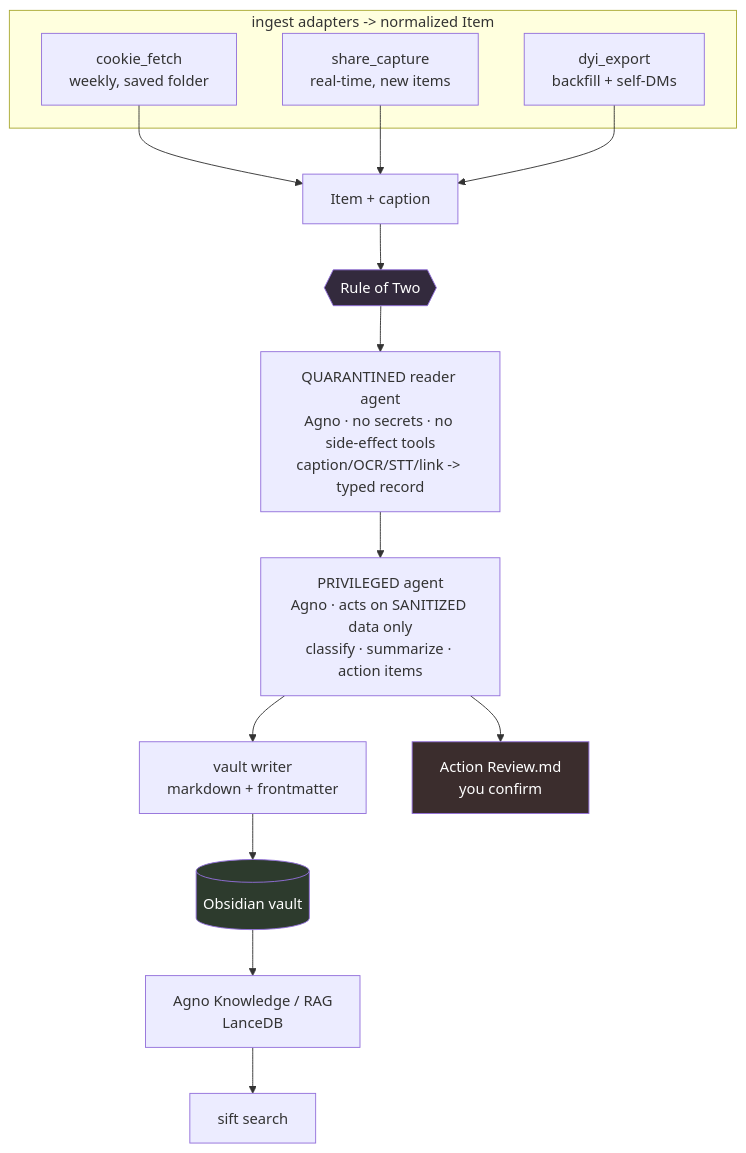
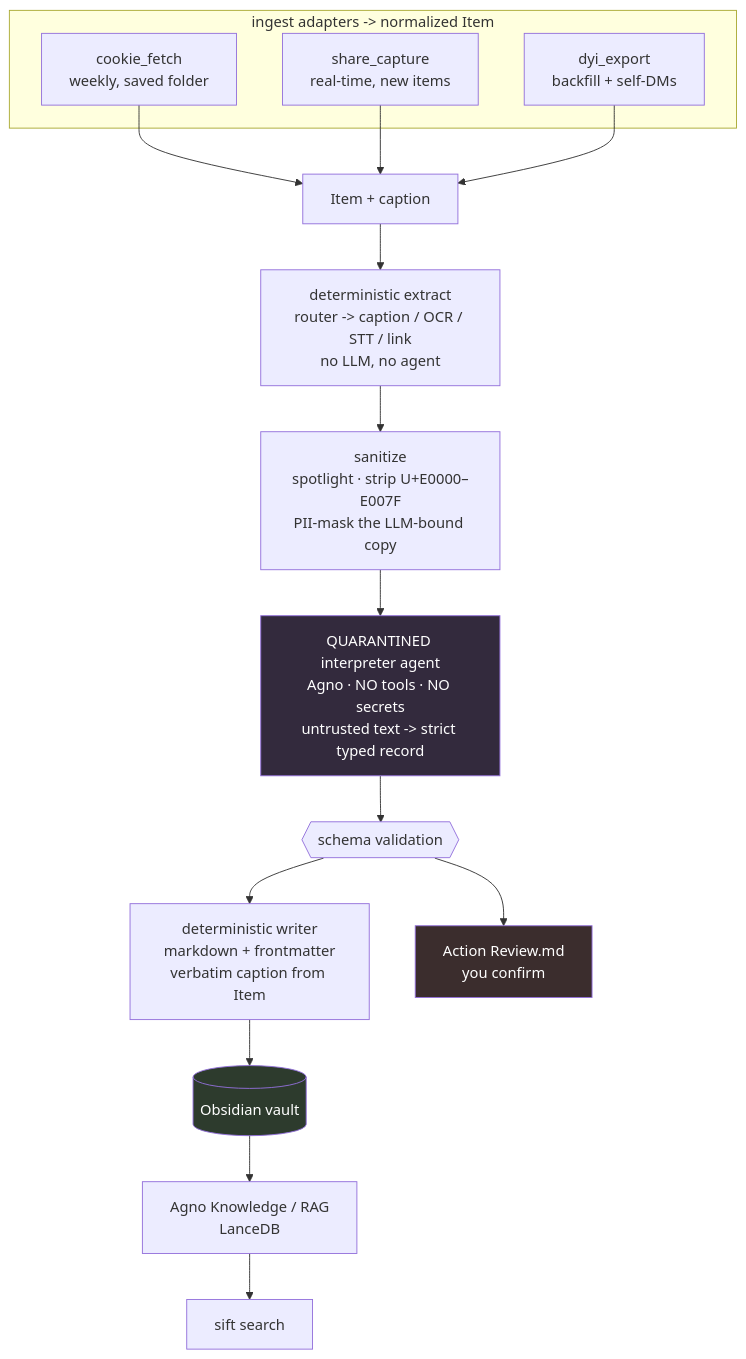
The diagram in docs/DESIGN.md (ChaoticQubit/sift), drawn with Mermaid before and after one commit. The commit also changed other lines of this file and 30 other files, not shown here.

First line of the commit message:
docs+skeleton: v3 architecture — structural Rule of Two

````diff
--- a/docs/DESIGN.md
+++ b/docs/DESIGN.md
@@ -99,22 +101,23 @@
 ```mermaid
 flowchart TD
     subgraph Ingest [ingest adapters -> normalized Item]
       A1[cookie_fetch<br/>weekly, saved folder] 
       A2[share_capture<br/>real-time, new items]
       A3[dyi_export<br/>backfill + self-DMs]
     end
     A1 --> N[Item + caption]
     A2 --> N
     A3 --> N
-    N --> Q{{Rule of Two}}
-    Q --> RA[QUARANTINED reader agent<br/>Agno · no secrets · no side-effect tools<br/>caption/OCR/STT/link -> typed record]
-    RA --> PA[PRIVILEGED agent<br/>Agno · acts on SANITIZED data only<br/>classify · summarize · action items]
-    PA --> W[vault writer<br/>markdown + frontmatter]
+    N --> X[deterministic extract<br/>router -> caption / OCR / STT / link<br/>no LLM, no agent]
+    X --> SZ[sanitize<br/>spotlight · strip U+E0000–E007F<br/>PII-mask the LLM-bound copy]
+    SZ --> IA[QUARANTINED interpreter agent<br/>Agno · NO tools · NO secrets<br/>untrusted text -> strict typed record]
+    IA --> VAL{{schema validation}}
+    VAL --> W[deterministic writer<br/>markdown + frontmatter<br/>verbatim caption from Item]
     W --> V[(Obsidian vault)]
     V --> K[Agno Knowledge / RAG<br/>LanceDB]
-    PA --> DR[Action Review.md<br/>you confirm]
+    VAL --> DR[Action Review.md<br/>you confirm]
     K --> S[sift search]
     style V fill:#2d3b2d,color:#fff
     style DR fill:#3b2d2d,color:#fff
-    style Q fill:#332a3d,color:#fff
+    style IA fill:#332a3d,color:#fff
 ```
````
